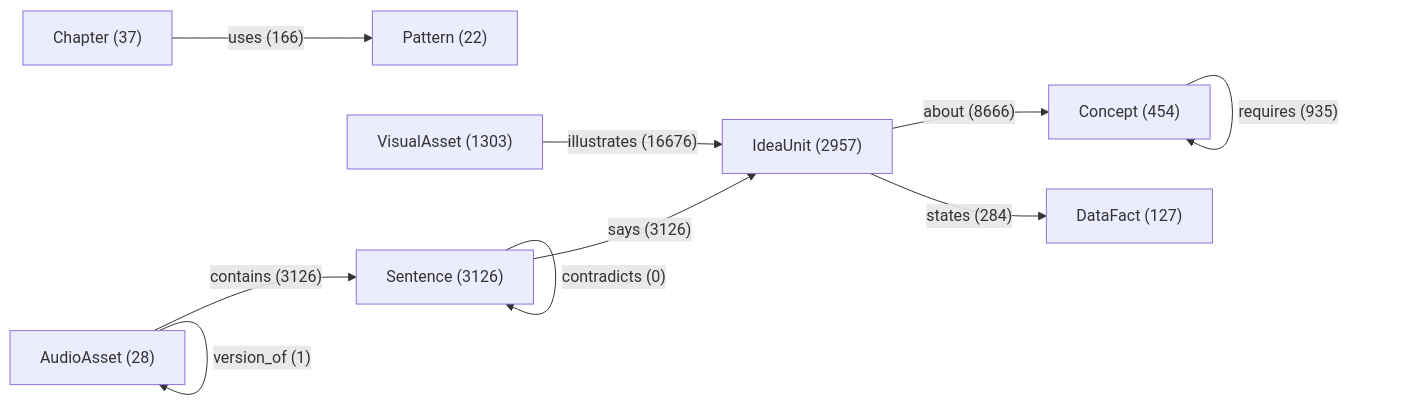
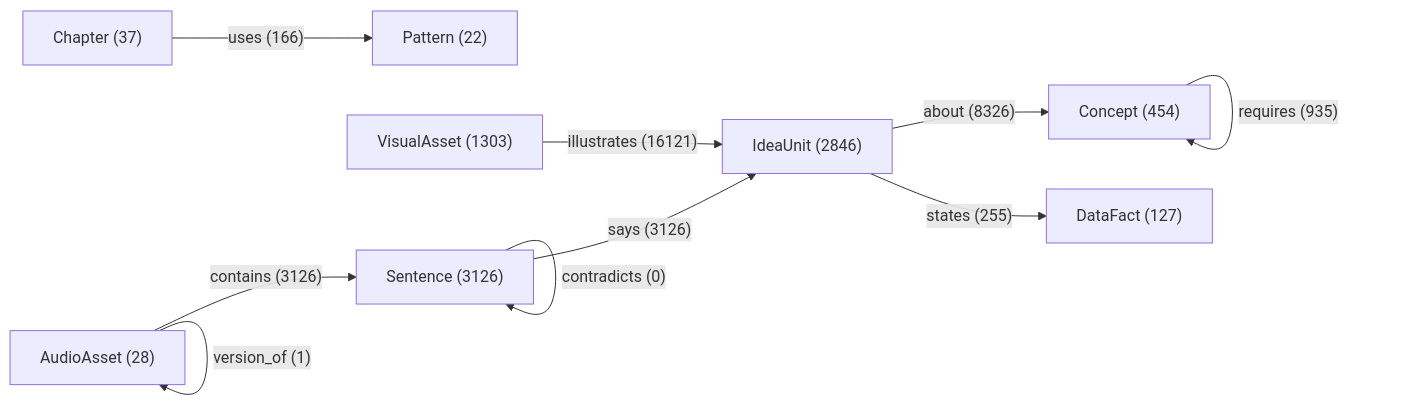
Before and after one commit to Ali1Nasser/Upload-documents: the diagram in reports/graph/overview.md, drawn with Mermaid. The commit also changed other lines of this file and 46 other files, not shown here.

````diff
--- a/reports/graph/overview.md
+++ b/reports/graph/overview.md
@@ -5,13 +5,13 @@
 ```mermaid
 graph LR
   AudioAsset["AudioAsset (28)"] -- "contains (3126)" --> Sentence["Sentence (3126)"]
-  Sentence["Sentence (3126)"] -- "says (3126)" --> IdeaUnit["IdeaUnit (2957)"]
-  IdeaUnit["IdeaUnit (2957)"] -- "about (8666)" --> Concept["Concept (454)"]
-  IdeaUnit["IdeaUnit (2957)"] -- "states (284)" --> DataFact["DataFact (127)"]
+  Sentence["Sentence (3126)"] -- "says (3126)" --> IdeaUnit["IdeaUnit (2846)"]
+  IdeaUnit["IdeaUnit (2846)"] -- "about (8326)" --> Concept["Concept (454)"]
+  IdeaUnit["IdeaUnit (2846)"] -- "states (255)" --> DataFact["DataFact (127)"]
   Concept["Concept (454)"] -- "requires (935)" --> Concept["Concept (454)"]
-  VisualAsset["VisualAsset (1303)"] -- "illustrates (16676)" --> IdeaUnit["IdeaUnit (2957)"]
-  Sentence["Sentence (3126)"] -- "duplicates (323)" --> Sentence["Sentence (3126)"]
+  VisualAsset["VisualAsset (1303)"] -- "illustrates (16121)" --> IdeaUnit["IdeaUnit (2846)"]
+  Sentence["Sentence (3126)"] -- "duplicates (773)" --> Sentence["Sentence (3126)"]
   Sentence["Sentence (3126)"] -- "contradicts (0)" --> Sentence["Sentence (3126)"]
   Chapter["Chapter (37)"] -- "uses (166)" --> Pattern["Pattern (22)"]
   AudioAsset["AudioAsset (28)"] -- "version_of (1)" --> AudioAsset["AudioAsset (28)"]
 ```
````
